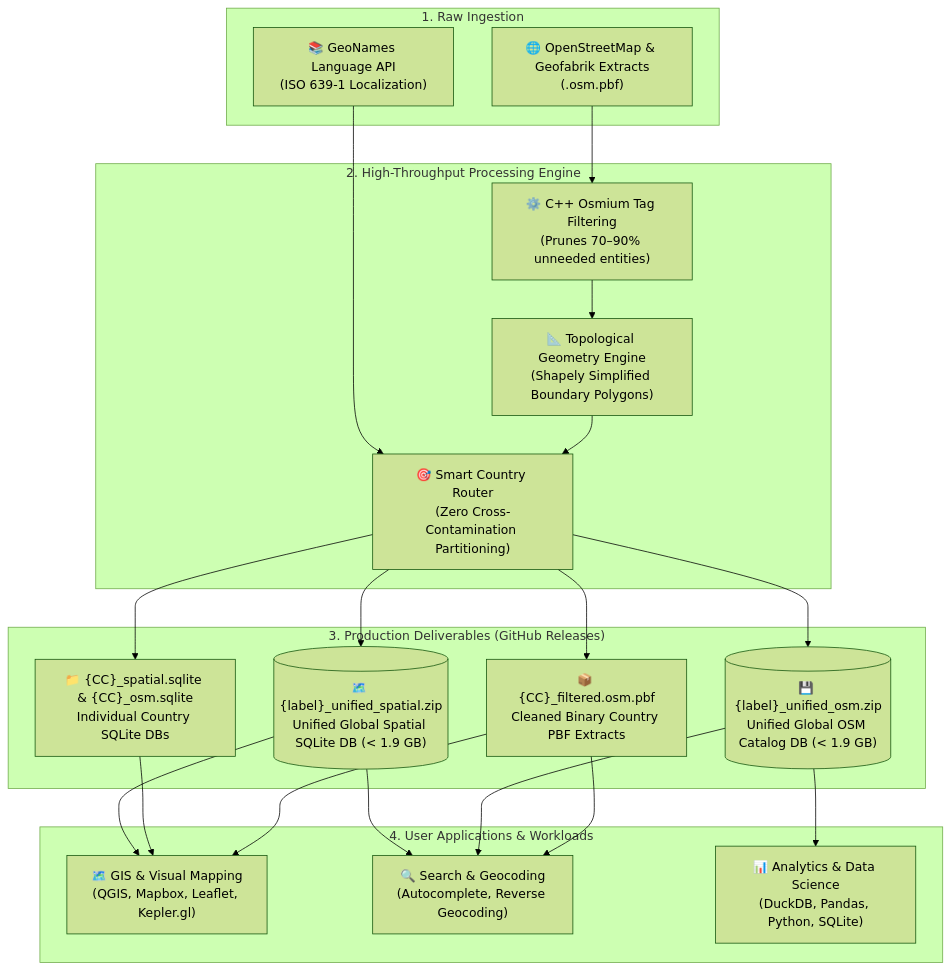
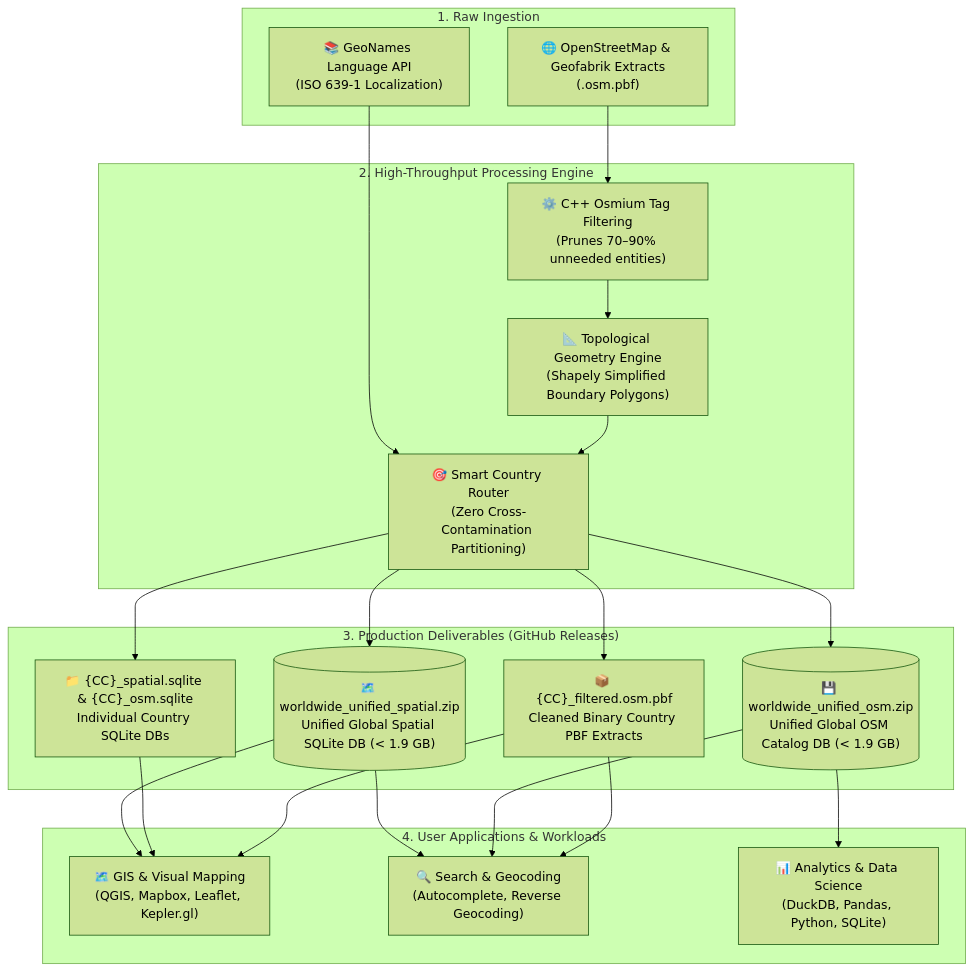
The diagram in README.md (vkk5880/osm-geospatial-engine), drawn with Mermaid (forest theme) before and after one commit. The commit also changed other lines of this file and 3 other files, not shown here.

````diff
--- a/README.md
+++ b/README.md
@@ -42,42 +53,42 @@
 ```mermaid
 flowchart TD
     subgraph S1["1. Raw Ingestion"]
         A["🌐 OpenStreetMap & Geofabrik Extracts\n(.osm.pbf)"]
         B["📚 GeoNames Language API\n(ISO 639-1 Localization)"]
     end
 
     subgraph S2["2. High-Throughput Processing Engine"]
         C["⚙️ C++ Osmium Tag Filtering\n(Prunes 70–90% unneeded entities)"]
         D["📐 Topological Geometry Engine\n(Shapely Simplified Boundary Polygons)"]
         E["🎯 Smart Country Router\n(Zero Cross-Contamination Partitioning)"]
     end
 
     subgraph S3["3. Production Deliverables (GitHub Releases)"]
-        F1[("🗺️ {label}_unified_spatial.zip\nUnified Global Spatial SQLite DB (< 1.9 GB)")]
-        F2[("💾 {label}_unified_osm.zip\nUnified Global OSM Catalog DB (< 1.9 GB)")]
+        F1[("🗺️ worldwide_unified_spatial.zip\nUnified Global Spatial SQLite DB (< 1.9 GB)")]
+        F2[("💾 worldwide_unified_osm.zip\nUnified Global OSM Catalog DB (< 1.9 GB)")]
         F3["📁 {CC}_spatial.sqlite & {CC}_osm.sqlite\nIndividual Country SQLite DBs"]
         F4["📦 {CC}_filtered.osm.pbf\nCleaned Binary Country PBF Extracts"]
     end
 
     subgraph S4["4. User Applications & Workloads"]
         G1["🗺️ GIS & Visual Mapping\n(QGIS, Mapbox, Leaflet, Kepler.gl)"]
         G2["🔍 Search & Geocoding\n(Autocomplete, Reverse Geocoding)"]
         G3["📊 Analytics & Data Science\n(DuckDB, Pandas, Python, SQLite)"]
     end
 
     A --> C
     B --> E
     C --> D
     D --> E
     E --> F1
     E --> F2
     E --> F3
     E --> F4
     F1 --> G1
     F1 --> G2
     F2 --> G2
     F2 --> G3
     F3 --> G1
     F4 --> G1
     F4 --> G2
 ```
````
